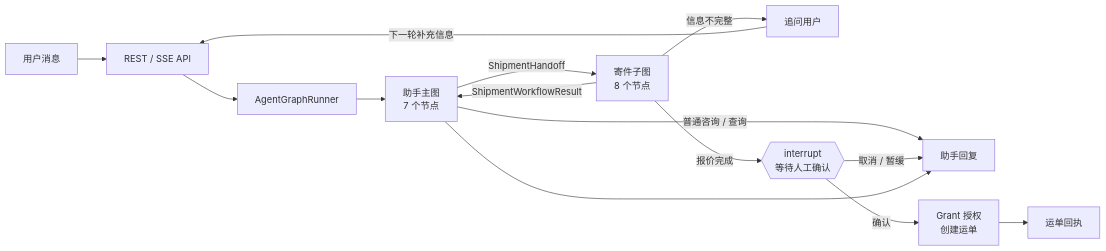
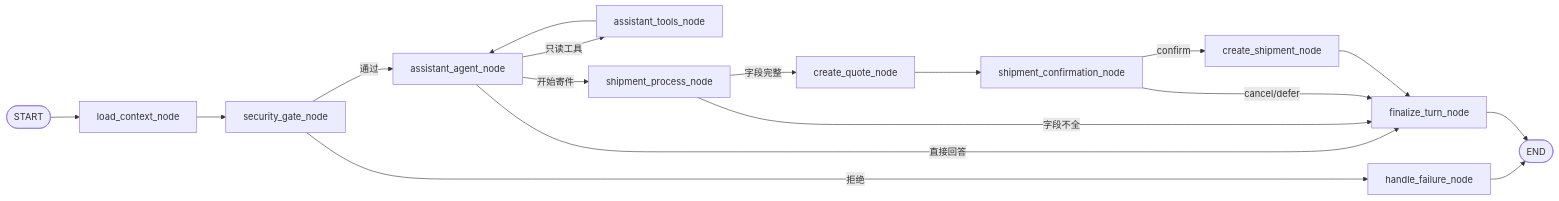
Before and after one commit to Youngshiqi/yitu: the diagram in docs/langgraph-flow.md, drawn with Mermaid. The commit also changed other lines of this file and 29 other files, not shown here.

````diff
--- a/docs/langgraph-flow.md
+++ b/docs/langgraph-flow.md
@@ -7,20 +5,19 @@
 ```mermaid
 flowchart LR
-    U[用户消息] --> API[REST / SSE API]
-    API --> RT[AgentGraphRunner]
-    RT --> ROOT[助手主图<br/>7 个节点]
-
-    ROOT -->|普通咨询 / 查询| REPLY[助手回复]
-    ROOT -->|ShipmentHandoff| CHILD[寄件子图<br/>8 个节点]
-
-    CHILD -->|信息不完整| ASK[追问用户]
-    ASK -->|下一轮补充信息| API
-
-    CHILD -->|报价完成| HITL{{interrupt<br/>等待人工确认}}
-    HITL -->|确认| CREATE[Grant 授权<br/>创建运单]
-    HITL -->|取消 / 暂缓| REPLY
-
-    CREATE --> RECEIPT[运单回执]
-    CHILD -->|ShipmentWorkflowResult| ROOT
-    ROOT --> REPLY
+  S([START]) --> L[load_context_node]
+  L --> G[security_gate_node]
+  G -->|通过| A[assistant_agent_node]
+  G -->|拒绝| F[handle_failure_node]
+  A -->|只读工具| T[assistant_tools_node]
+  T --> A
+  A -->|开始寄件| P[shipment_process_node]
+  A -->|直接回答| Z[finalize_turn_node]
+  P -->|字段不全| Z
+  P -->|字段完整| Q[create_quote_node]
+  Q --> C[shipment_confirmation_node]
+  C -->|confirm| W[create_shipment_node]
+  C -->|cancel/defer| Z
+  W --> Z
+  F --> E([END])
+  Z --> E
 ```
````
